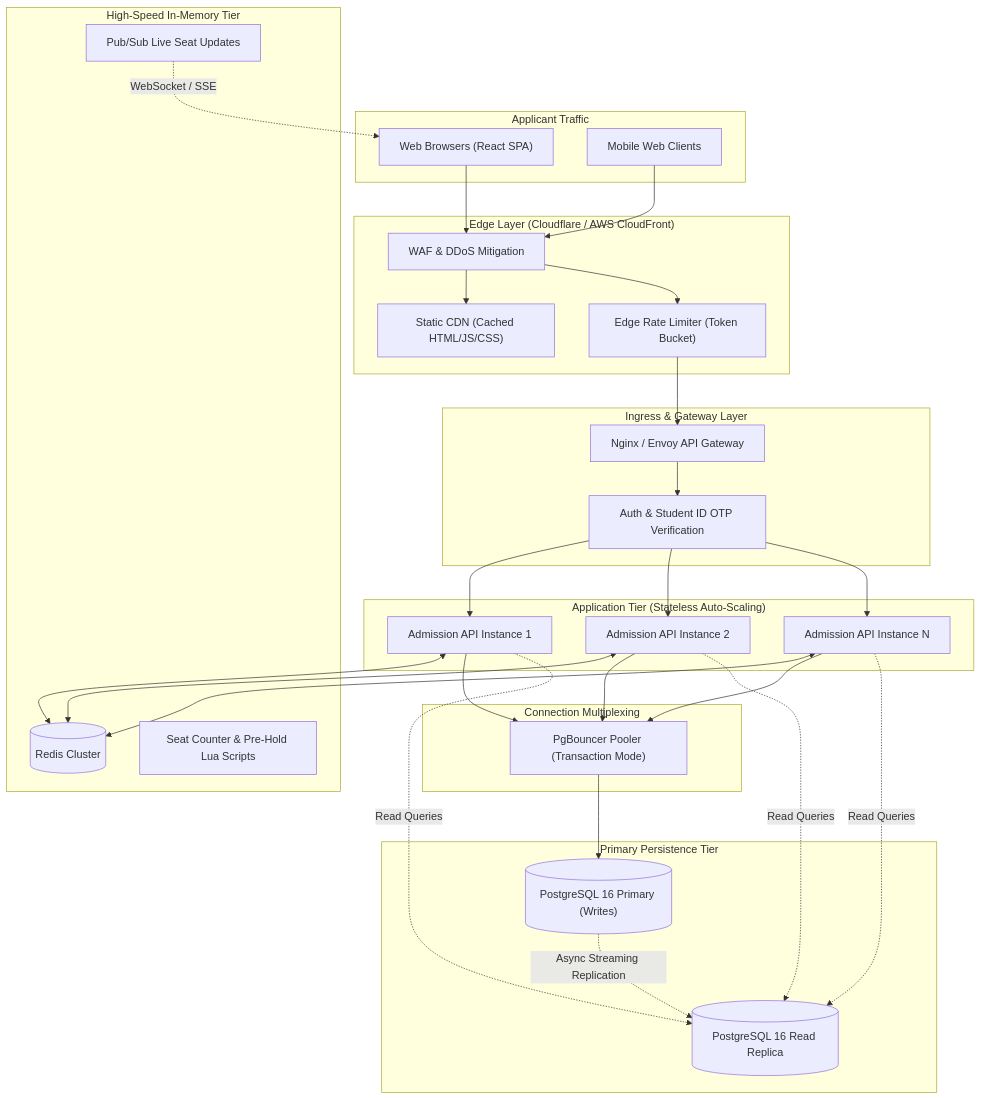
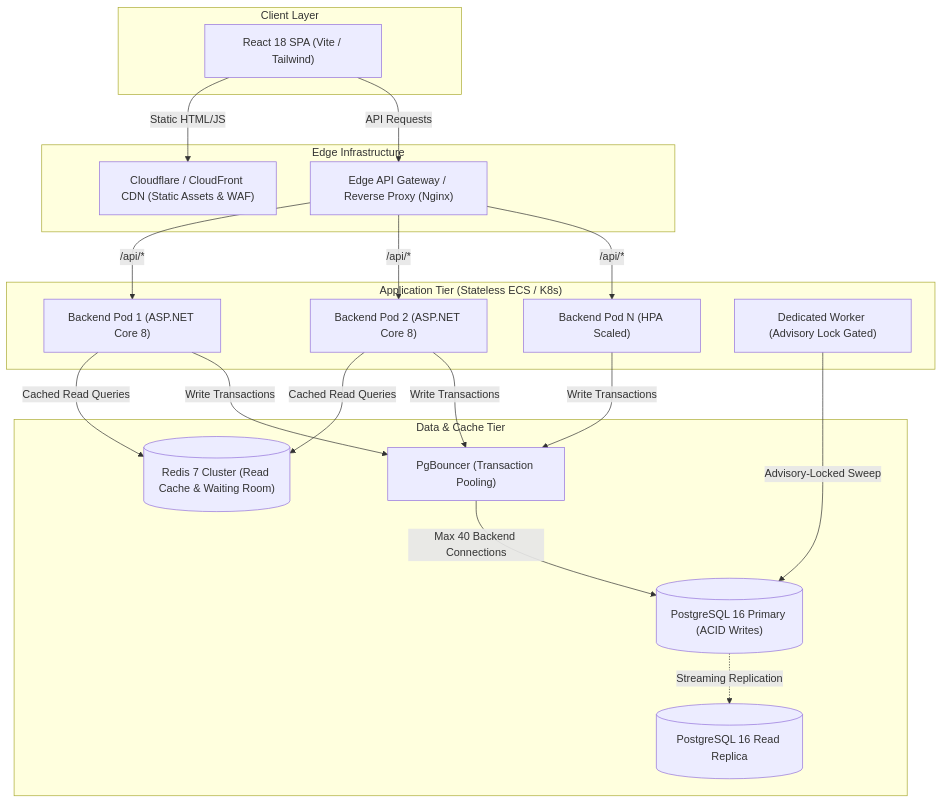
Before and after one commit to axif0/School-Admission-System: the second of 2 diagrams in feedback.md, drawn with Mermaid. The commit also changed other lines of this file and 2 other files, not shown here.

````diff
--- a/feedback.md
+++ b/feedback.md
@@ -549,53 +484,42 @@
 ```mermaid
 flowchart TD
-    subgraph Clients["Applicant Traffic"]
-        WebUsers["Web Browsers (React SPA)"]
-        MobileUsers["Mobile Web Clients"]
+    subgraph Clients["Client Layer"]
+        Browser["React 18 SPA (Vite / Tailwind)"]
     end
 
-    subgraph Edge["Edge Layer (Cloudflare / AWS CloudFront)"]
-        WAF["WAF & DDoS Mitigation"]
-        CDN["Static CDN (Cached HTML/JS/CSS)"]
-        EdgeRateLimit["Edge Rate Limiter (Token Bucket)"]
+    subgraph Edge["Edge Infrastructure"]
+        CDN["Cloudflare / CloudFront CDN (Static Assets & WAF)"]
+        ALB["Edge API Gateway / Reverse Proxy (Nginx)"]
     end
 
-    subgraph Gateway["Ingress & Gateway Layer"]
-        NginxIngress["Nginx / Envoy API Gateway"]
-        AuthService["Auth & Student ID OTP Verification"]
+    subgraph AppCluster["Application Tier (Stateless ECS / K8s)"]
+        API1["Backend Pod 1 (ASP.NET Core 8)"]
+        API2["Backend Pod 2 (ASP.NET Core 8)"]
+        APIN["Backend Pod N (HPA Scaled)"]
+        Sweeper["Dedicated Worker (Advisory Lock Gated)"]
     end
 
-    subgraph ApplicationTier["Application Tier (Stateless Auto-Scaling)"]
-        API1["Admission API Instance 1"]
-        API2["Admission API Instance 2"]
-        APIn["Admission API Instance N"]
+    subgraph DataTier["Data & Cache Tier"]
+        Pooler["PgBouncer (Transaction Pooling)"]
+        PG_Primary[("PostgreSQL 16 Primary (ACID Writes)")]
+        PG_Replica[("PostgreSQL 16 Read Replica")]
+        RedisCache[("Redis 7 Cluster (Read Cache & Waiting Room)")]
     end
 
-    subgraph CachingAndQueue["High-Speed In-Memory Tier"]
-        RedisCluster[("Redis Cluster")]
-        RedisSeats["Seat Counter & Pre-Hold Lua Scripts"]
-        RedisPubSub["Pub/Sub Live Seat Updates"]
-    end
+    Browser -->|Static HTML/JS| CDN
+    Browser -->|API Requests| ALB
+    ALB -->|/api/*| API1
+    ALB -->|/api/*| API2
+    ALB -->|/api/*| APIN
 
-    subgraph PoolingTier["Connection Multiplexing"]
-        PgBouncer["PgBouncer Pooler (Transaction Mode)"]
-    end
-
-    subgraph StorageTier["Primary Persistence Tier"]
-        PostgresPrimary[("PostgreSQL 16 Primary (Writes)")]
-        PostgresReplica[("PostgreSQL 16 Read Replica")]
-    end
-
-    WebUsers --> WAF
-    MobileUsers --> WAF
-    WAF --> CDN
-    WAF --> EdgeRateLimit
-    EdgeRateLimit --> NginxIngress
-    NginxIngress --> AuthService
-    AuthService --> API1 & API2 & APIn
-    API1 & API2 & APIn <--> RedisCluster
-    API1 & API2 & APIn --> PgBouncer
-    PgBouncer --> PostgresPrimary
-    PostgresPrimary -.->|Async Streaming Replication| PostgresReplica
-    API1 & API2 & APIn -.->|Read Queries| PostgresReplica
-    RedisPubSub -.->|WebSocket / SSE| WebUsers
+    API1 -->|Cached Read Queries| RedisCache
+    API2 -->|Cached Read Queries| RedisCache
+    
+    API1 -->|Write Transactions| Pooler
+    API2 -->|Write Transactions| Pooler
+    APIN -->|Write Transactions| Pooler
+    
+    Pooler -->|Max 40 Backend Connections| PG_Primary
+    PG_Primary -.->|Streaming Replication| PG_Replica
+    Sweeper -->|Advisory-Locked Sweep| PG_Primary
 ```
````
